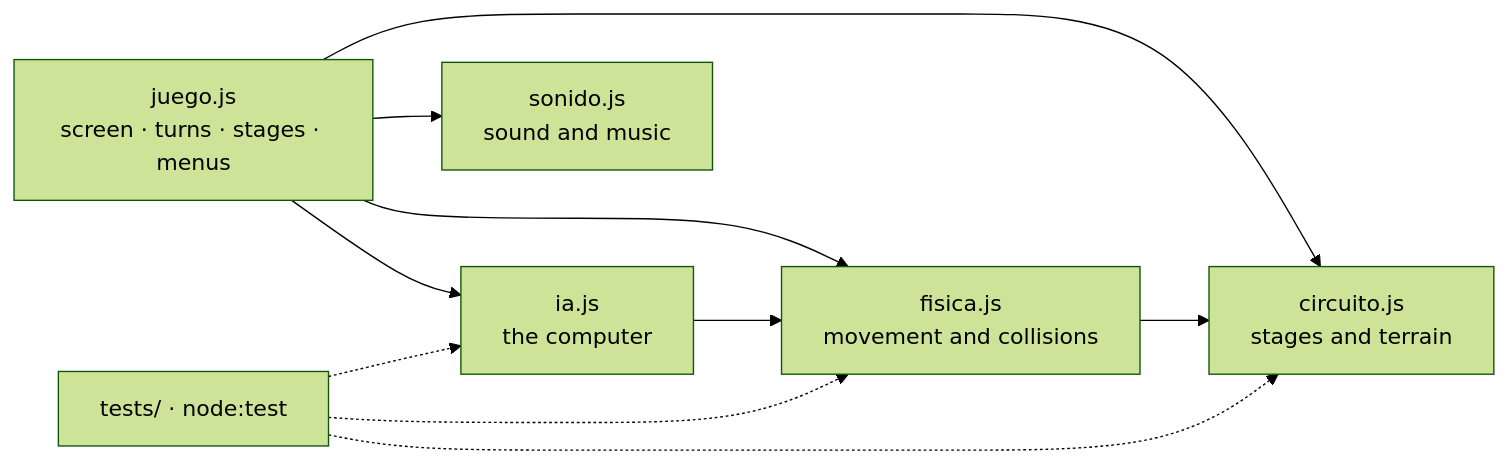
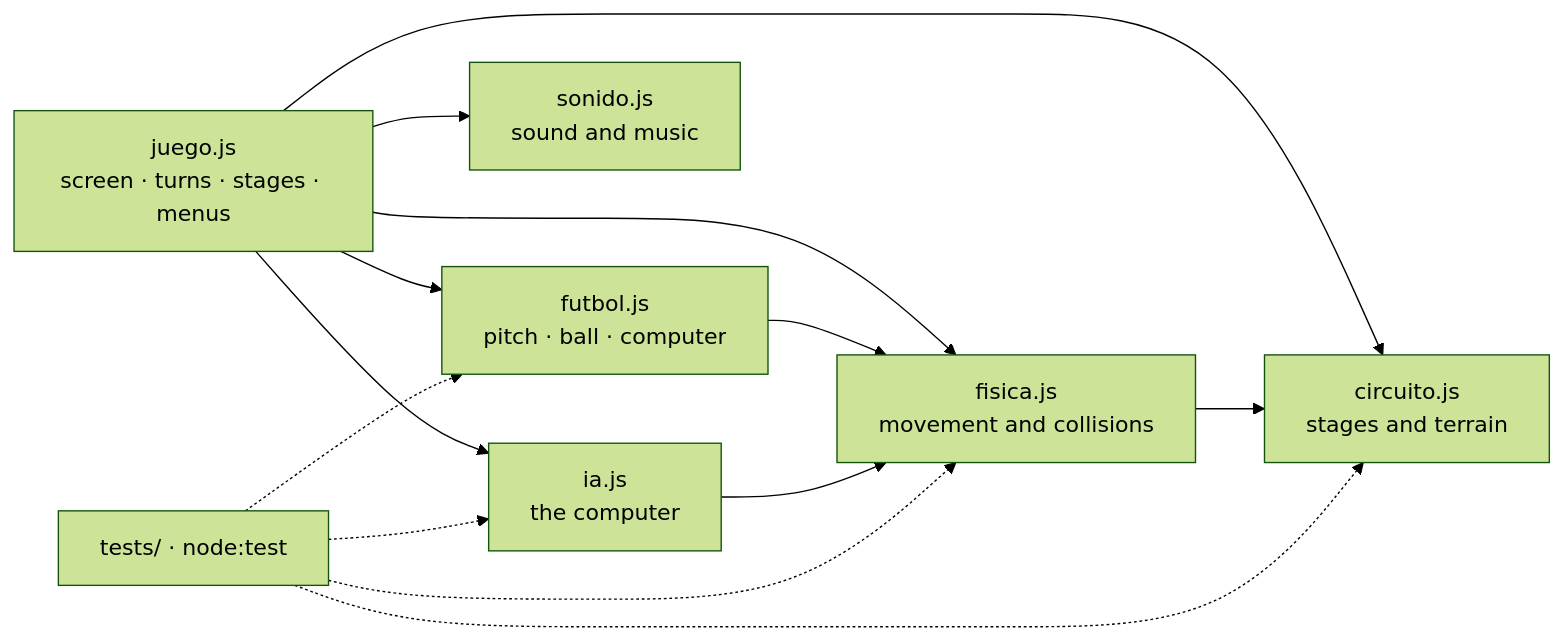
Before and after one commit to serbenda/chapas: the first of 2 diagrams in README.en.md, drawn with Mermaid (forest theme). The commit also changed other lines of this file and 11 other files, not shown here.

````diff
--- a/README.en.md
+++ b/README.en.md
@@ -167,12 +190,15 @@
 ```mermaid
 flowchart LR
     juego["juego.js<br/>screen · turns · stages · menus"] --> circuito["circuito.js<br/>stages and terrain"]
     juego --> fisica["fisica.js<br/>movement and collisions"]
     juego --> ia["ia.js<br/>the computer"]
     juego --> sonido["sonido.js<br/>sound and music"]
+    juego --> futbol["futbol.js<br/>pitch · ball · computer"]
+    futbol --> fisica
     ia --> fisica
     fisica --> circuito
     tests["tests/ · node:test"] -.-> circuito
     tests -.-> fisica
     tests -.-> ia
+    tests -.-> futbol
 ```
````
